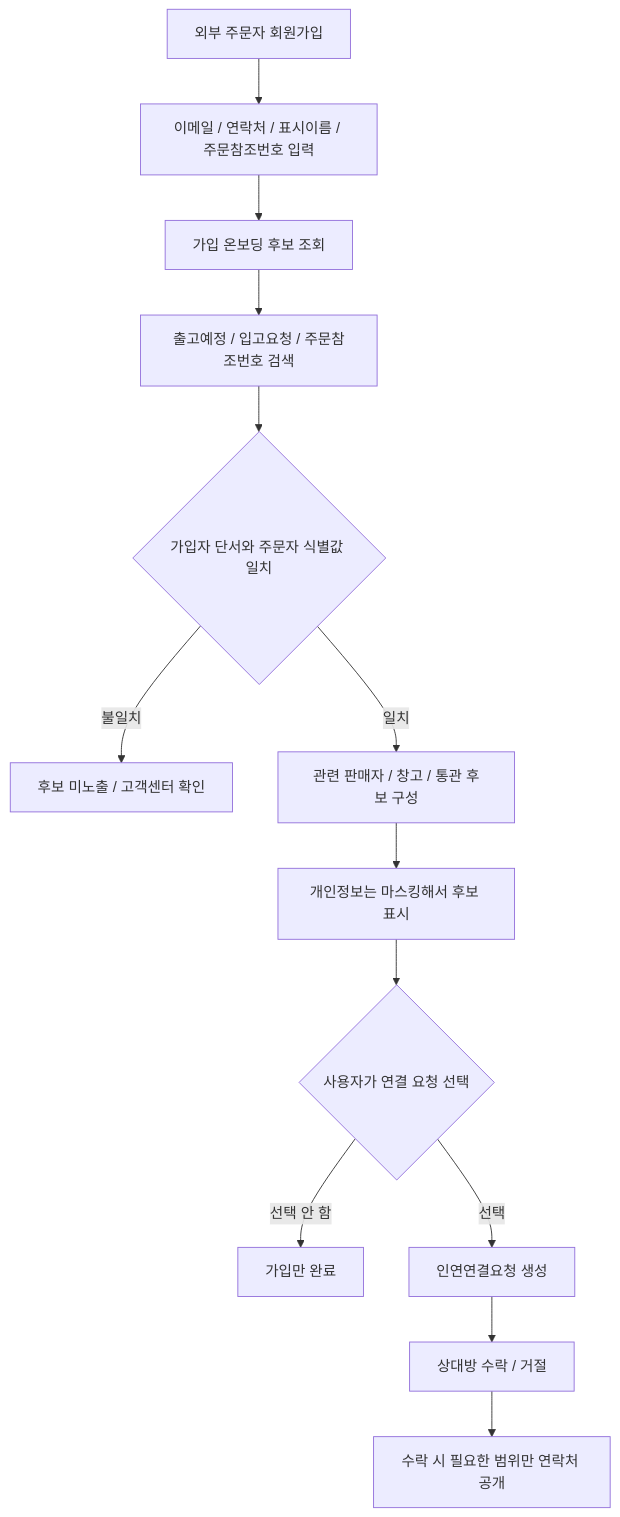
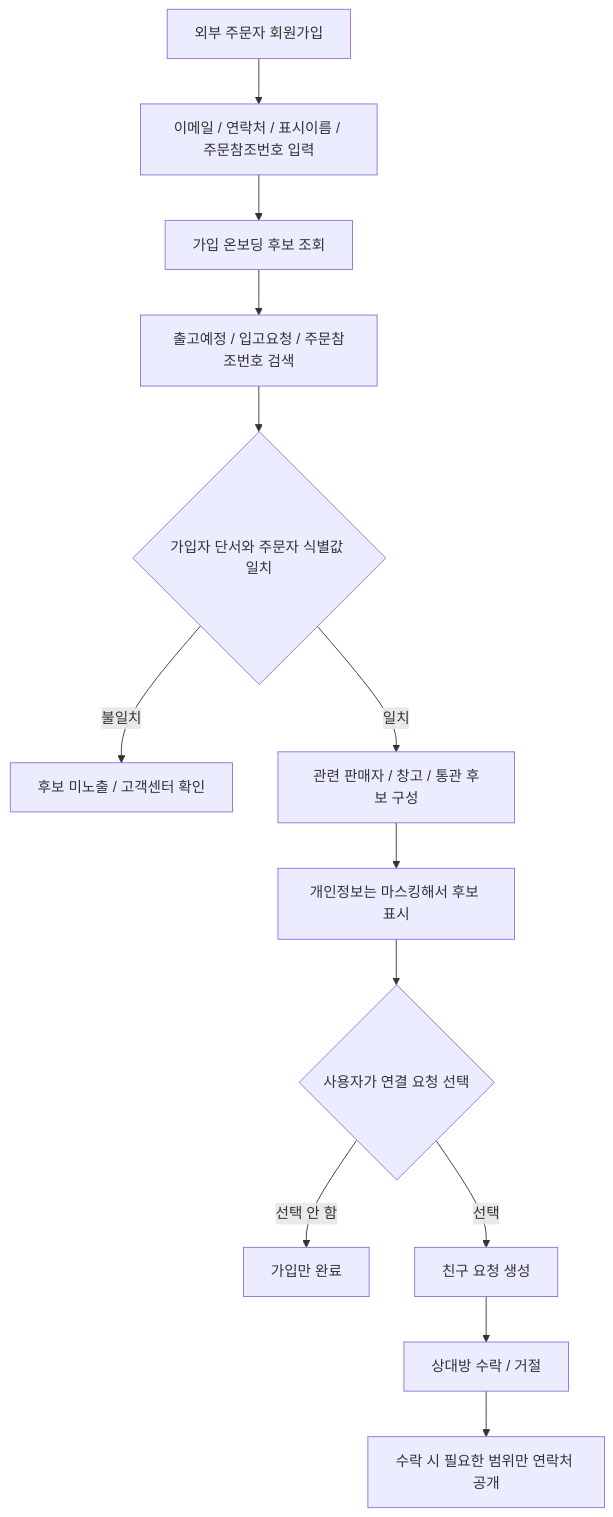
One commit to cheolwo/hongdal changed diagram 15 of 15 in Ssalddel/README.md. Above: the diagram before and after it, drawn with Mermaid. The commit also changed other lines of this file and 63 other files, not shown here.

````diff
--- a/Ssalddel/README.md
+++ b/Ssalddel/README.md
@@ -517,15 +517,15 @@
 ```mermaid
 flowchart TD
     A["외부 주문자 회원가입"] --> B["이메일 / 연락처 / 표시이름 / 주문참조번호 입력"]
     B --> C["가입 온보딩 후보 조회"]
     C --> D["출고예정 / 입고요청 / 주문참조번호 검색"]
     D --> E{"가입자 단서와 주문자 식별값 일치"}
     E -->|불일치| X["후보 미노출 / 고객센터 확인"]
     E -->|일치| F["관련 판매자 / 창고 / 통관 후보 구성"]
     F --> G["개인정보는 마스킹해서 후보 표시"]
     G --> H{"사용자가 연결 요청 선택"}
     H -->|선택 안 함| Y["가입만 완료"]
-    H -->|선택| I["인연연결요청 생성"]
+    H -->|선택| I["친구 요청 생성"]
     I --> J["상대방 수락 / 거절"]
     J --> K["수락 시 필요한 범위만 연락처 공개"]
 ```
````
